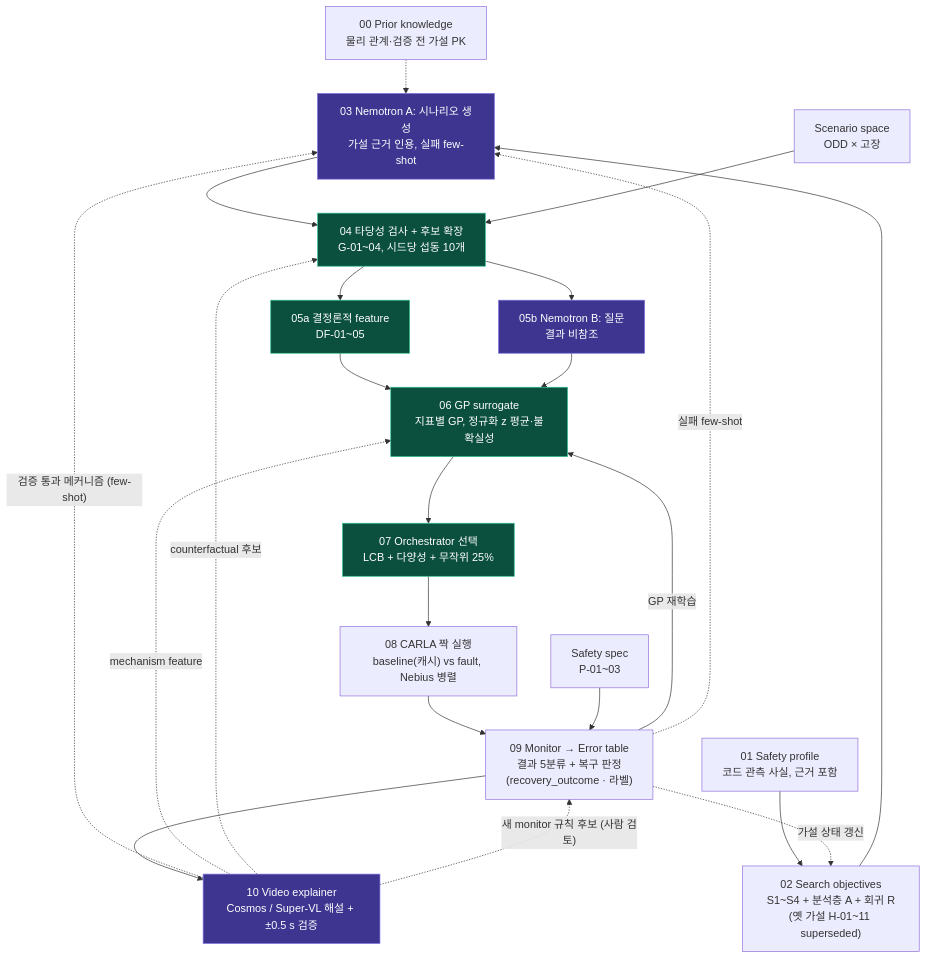
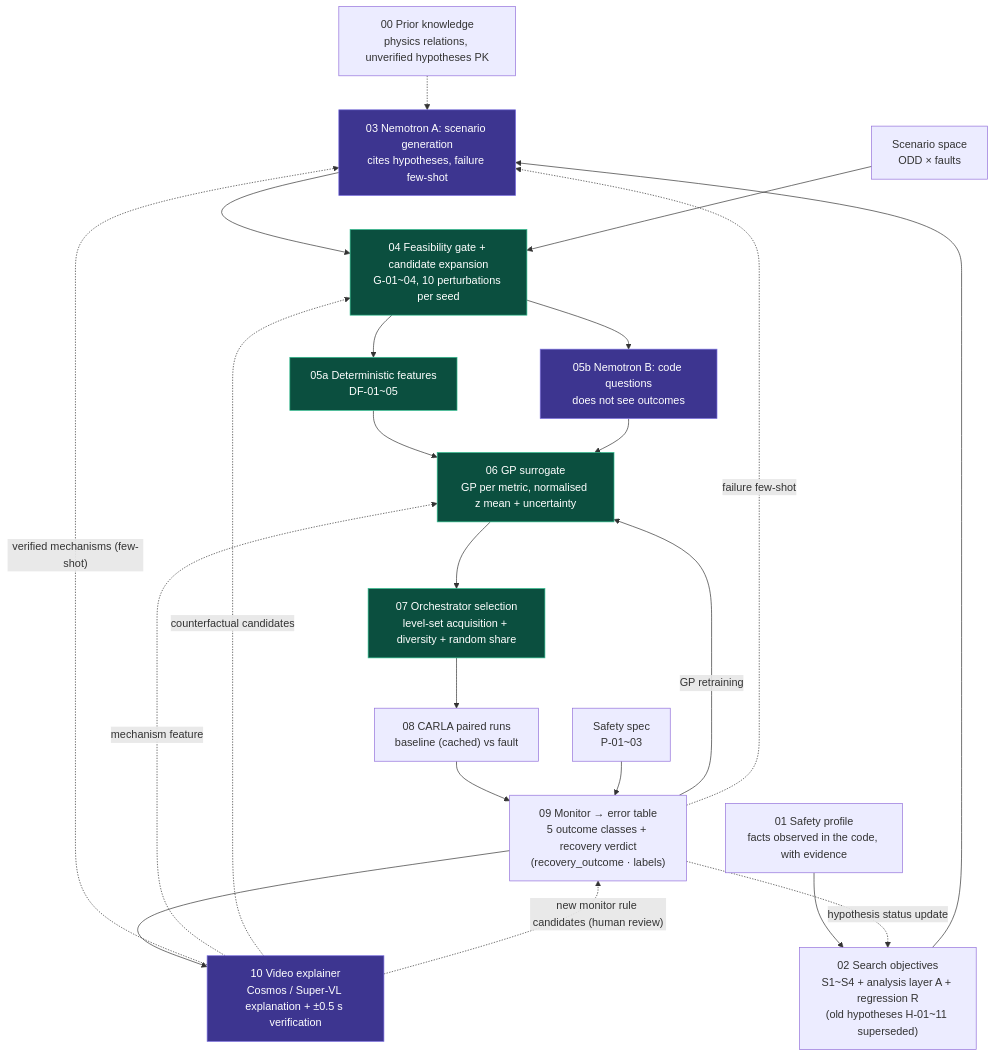
The diagram in pipeline/README.md (yoonju04/SIL_HACKATHON), drawn with Mermaid before and after one commit. The commit also changed other lines of this file and 9 other files, not shown here.

Commit message:
README and front docs in English: redrawn pipeline (stages 00-10 of run.py), headline results of result_12 + boundary analysis, fault criticality chart, CARLA video GIF previews linking the MP4s; translate ARCHITECTURE, RESEARCH, pipeline/README

````diff
--- a/pipeline/README.md
+++ b/pipeline/README.md
@@ -6,30 +6,30 @@
 ```mermaid
 flowchart TD
-    PK["00 Prior knowledge<br/>물리 관계·검증 전 가설 PK"] -.-> NA
-    SP["01 Safety profile<br/>코드 관측 사실, 근거 포함"] --> HY
-    HY["02 Search objectives<br/>S1~S4 + 분석층 A + 회귀 R<br/>(옛 가설 H-01~11 superseded)"] --> NA
-    NA["03 Nemotron A: 시나리오 생성<br/>가설 근거 인용, 실패 few-shot"] --> FE
-    SS["Scenario space<br/>ODD × 고장"] --> FE
-    FE["04 타당성 검사 + 후보 확장<br/>G-01~04, 시드당 섭동 10개"] --> DF & NB
-    DF["05a 결정론적 feature<br/>DF-01~05"] --> GP
-    NB["05b Nemotron B: 질문<br/>결과 비참조"] --> GP
-    GP["06 GP surrogate<br/>지표별 GP, 정규화 z 평균·불확실성"] --> OR
-    OR["07 Orchestrator 선택<br/>LCB + 다양성 + 무작위 25%"] --> CR
-    CR["08 CARLA 짝 실행<br/>baseline(캐시) vs fault, Nebius 병렬"] --> MO
+    PK["00 Prior knowledge<br/>physics relations, unverified hypotheses PK"] -.-> NA
+    SP["01 Safety profile<br/>facts observed in the code, with evidence"] --> HY
+    HY["02 Search objectives<br/>S1~S4 + analysis layer A + regression R<br/>(old hypotheses H-01~11 superseded)"] --> NA
+    NA["03 Nemotron A: scenario generation<br/>cites hypotheses, failure few-shot"] --> FE
+    SS["Scenario space<br/>ODD × faults"] --> FE
+    FE["04 Feasibility gate + candidate expansion<br/>G-01~04, 10 perturbations per seed"] --> DF & NB
+    DF["05a Deterministic features<br/>DF-01~05"] --> GP
+    NB["05b Nemotron B: code questions<br/>does not see outcomes"] --> GP
+    GP["06 GP surrogate<br/>GP per metric, normalised z mean + uncertainty"] --> OR
+    OR["07 Orchestrator selection<br/>level-set acquisition + diversity + random share"] --> CR
+    CR["08 CARLA paired runs<br/>baseline (cached) vs fault"] --> MO
     SPEC["Safety spec<br/>P-01~03"] --> MO
-    MO["09 Monitor → Error table<br/>결과 5분류 + 복구 판정<br/>(recovery_outcome · 라벨)"]
-    MO --> VE["10 Video explainer<br/>Cosmos / Super-VL 해설 + ±0.5 s 검증"]
+    MO["09 Monitor → error table<br/>5 outcome classes + recovery verdict<br/>(recovery_outcome · labels)"]
+    MO --> VE["10 Video explainer<br/>Cosmos / Super-VL explanation + ±0.5 s verification"]
 
-    MO -- "GP 재학습" --> GP
-    VE -. "검증 통과 메커니즘 (few-shot)" .-> NA
+    MO -- "GP retraining" --> GP
+    VE -. "verified mechanisms (few-shot)" .-> NA
     VE -. "mechanism feature" .-> GP
-    VE -. "counterfactual 후보" .-> FE
-    VE -. "새 monitor 규칙 후보 (사람 검토)" .-> MO
-    MO -. "실패 few-shot" .-> NA
-    MO -. "가설 상태 갱신" .-> HY
+    VE -. "counterfactual candidates" .-> FE
+    VE -. "new monitor rule candidates (human review)" .-> MO
+    MO -. "failure few-shot" .-> NA
+    MO -. "hypothesis status update" .-> HY
 
     classDef nemotron fill:#3d3590,stroke:#7b70e0,color:#fff
     classDef det fill:#0b4f3f,stroke:#2fbf8f,color:#fff
     class NA,NB,VE nemotron
     class FE,DF,GP,OR det
 ```
````
